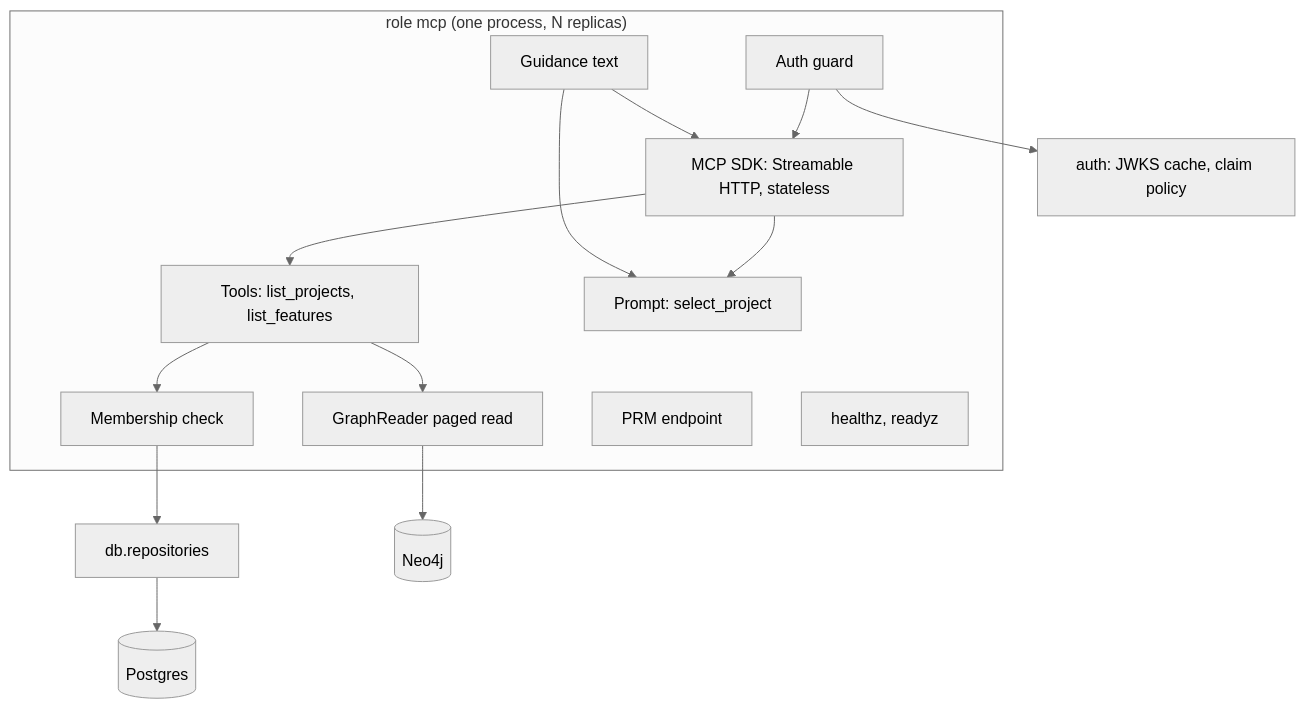
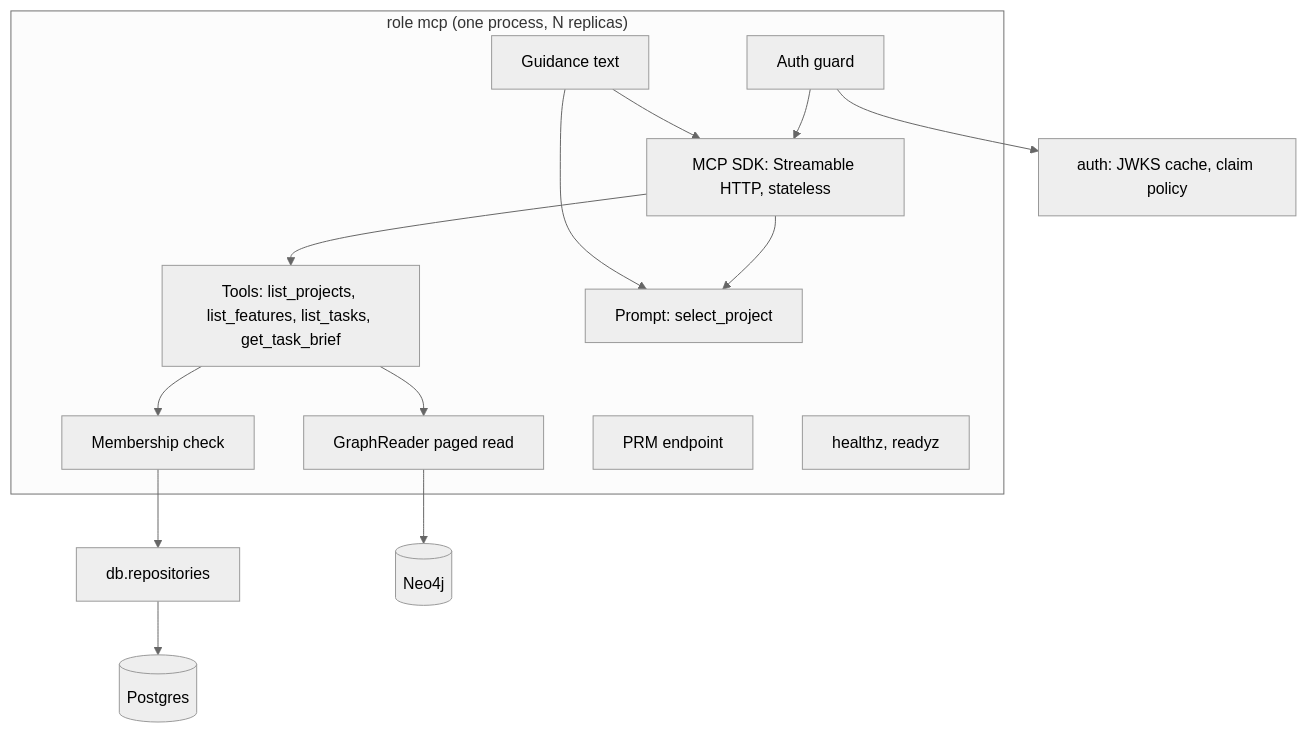
Before and after one commit to griddynamics/specflow: the diagram in docs/mcp-server/architecture.md, drawn with Mermaid (neutral theme). The commit also changed other lines of this file and 15 other files, not shown here.

First line of the commit message:
feat(mcp): list plan tasks and read a task brief

````diff
--- a/docs/mcp-server/architecture.md
+++ b/docs/mcp-server/architecture.md
@@ -18,18 +18,18 @@
 ```mermaid
 flowchart TB
     subgraph role["role mcp (one process, N replicas)"]
         guard[Auth guard] --> sdk[MCP SDK: Streamable HTTP, stateless]
-        sdk --> tools[Tools: list_projects, list_features]
+        sdk --> tools[Tools: list_projects, list_features, list_tasks, get_task_brief]
         sdk --> prompts[Prompt: select_project]
         guidance[Guidance text] --> prompts
         guidance --> sdk
         tools --> access[Membership check]
         tools --> reader[GraphReader paged read]
         prm[PRM endpoint]
         health[healthz, readyz]
     end
     access --> repo[db.repositories]
     repo --> pg[(Postgres)]
     reader --> neo[(Neo4j)]
     guard --> jwks[auth: JWKS cache, claim policy]
 ```
````
